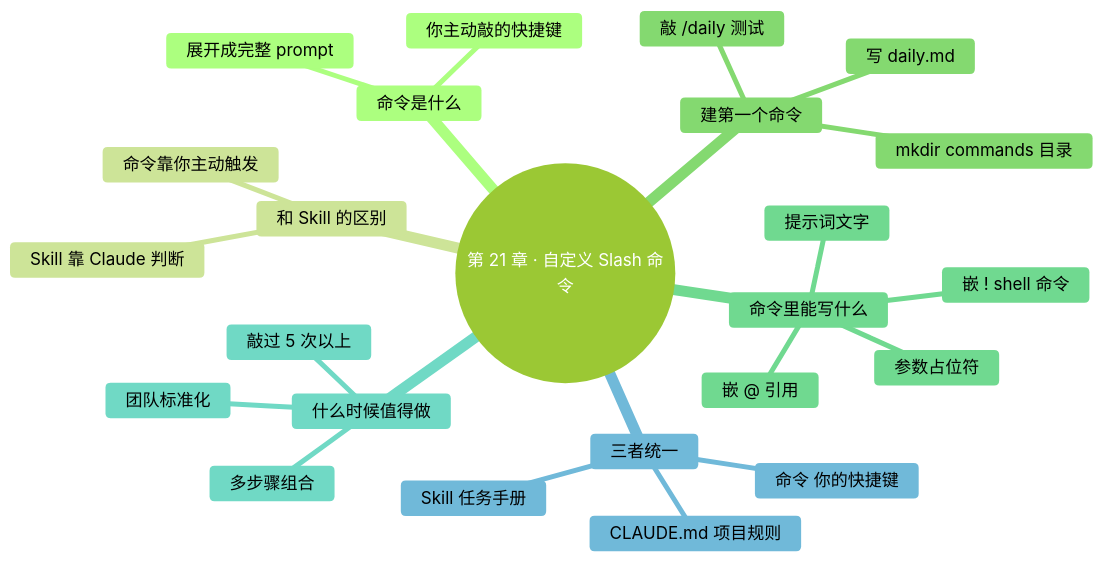
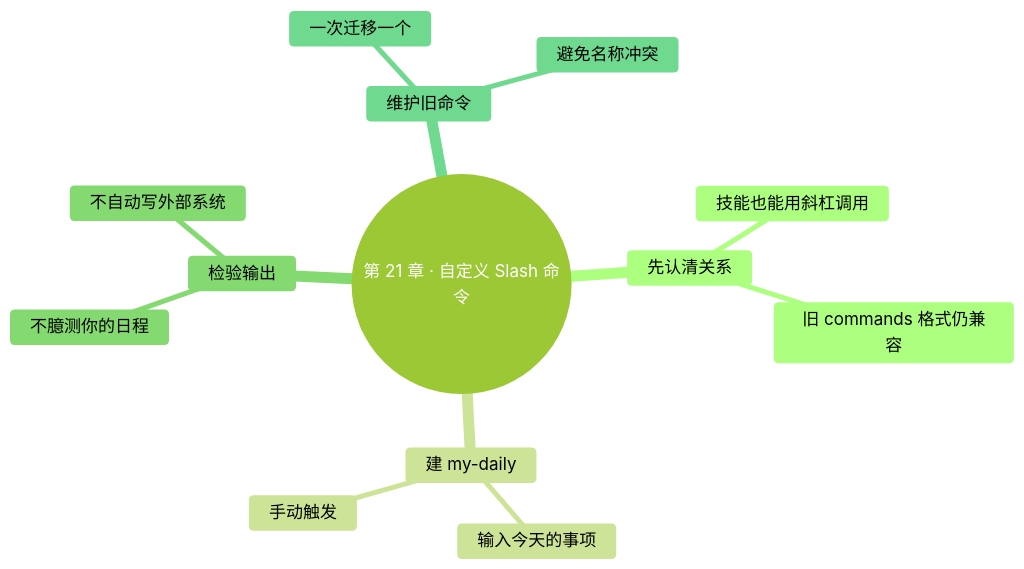
One commit to mali9527/claude-code-full-guide-for-beginners changed the diagram in manuscript/part5-扩展能力/21-自定义Slash命令.md. Above: the diagram before and after it, drawn with Mermaid. The commit also changed other lines of this file and 130 other files, not shown here.

````diff
--- a/manuscript/part5-扩展能力/21-自定义Slash命令.md
+++ b/manuscript/part5-扩展能力/21-自定义Slash命令.md
@@ -20,35 +22,24 @@
 ```mermaid
 ---
 config:
   theme: forest
   themeVariables:
     fontFamily: "-apple-system, 'SF Pro Text', 'PingFang SC', 'Helvetica Neue', sans-serif"
     fontSize: "17px"
     lineColor: "#D9D9D9"
 ---
 mindmap
   root((第 21 章 · 自定义 Slash 命令))
-    命令是什么
-      你主动敲的快捷键
-      展开成完整 prompt
-    和 Skill 的区别
-      Skill 靠 Claude 判断
-      命令靠你主动触发
-    建第一个命令
-      mkdir commands 目录
-      写 daily.md
-      敲 /daily 测试
-    命令里能写什么
-      提示词文字
-      嵌 ! shell 命令
-      嵌 @ 引用
-      参数占位符
-    什么时候值得做
-      敲过 5 次以上
-      多步骤组合
-      团队标准化
-    三者统一
-      CLAUDE.md 项目规则
-      Skill 任务手册
-      命令 你的快捷键
+    先认清关系
+      技能也能用斜杠调用
+      旧 commands 格式仍兼容
+    建 my-daily
+      手动触发
+      输入今天的事项
+    检验输出
+      不臆测你的日程
+      不自动写外部系统
+    维护旧命令
+      一次迁移一个
+      避免名称冲突
 ```
````
